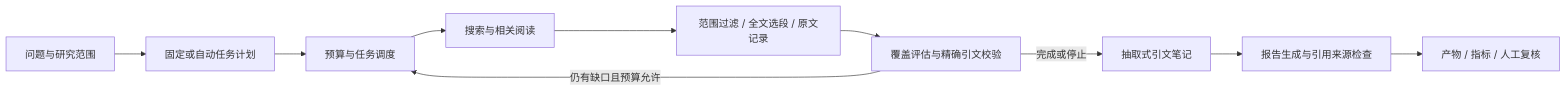
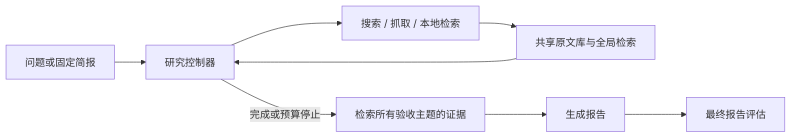
Before and after one commit to jackson-119/Adaptive-Deep-Research-Agent: the diagram in README.md, drawn with Mermaid. The commit also changed other lines of this file and 34 other files, not shown here.

Commit message:
Replace research scheduling with global evidence research workflow

````diff
--- a/README.md
+++ b/README.md
@@ -193,12 +11,10 @@
 ```mermaid
 flowchart LR
-    Input[问题与研究范围] --> Plan[固定或自动任务计划]
-    Plan --> Decide[预算与任务调度]
-    Decide --> Research[搜索与相关阅读]
-    Research --> Evidence[范围过滤 / 全文选段 / 原文记录]
-    Evidence --> Assess[覆盖评估与精确引文校验]
-    Assess -->|仍有缺口且预算允许| Decide
-    Assess -->|完成或停止| Notes[抽取式引文笔记]
-    Notes --> Write[报告生成与引用来源检查]
-    Write --> Output[产物 / 指标 / 人工复核]
+    A[问题或固定简报] --> B[研究控制器]
+    B --> C[搜索 / 抓取 / 本地检索]
+    C --> D[共享原文库与全局检索]
+    D --> B
+    B -->|完成或预算停止| E[检索所有验收主题的证据]
+    E --> F[生成报告]
+    F --> G[最终报告评估]
 ```
````
